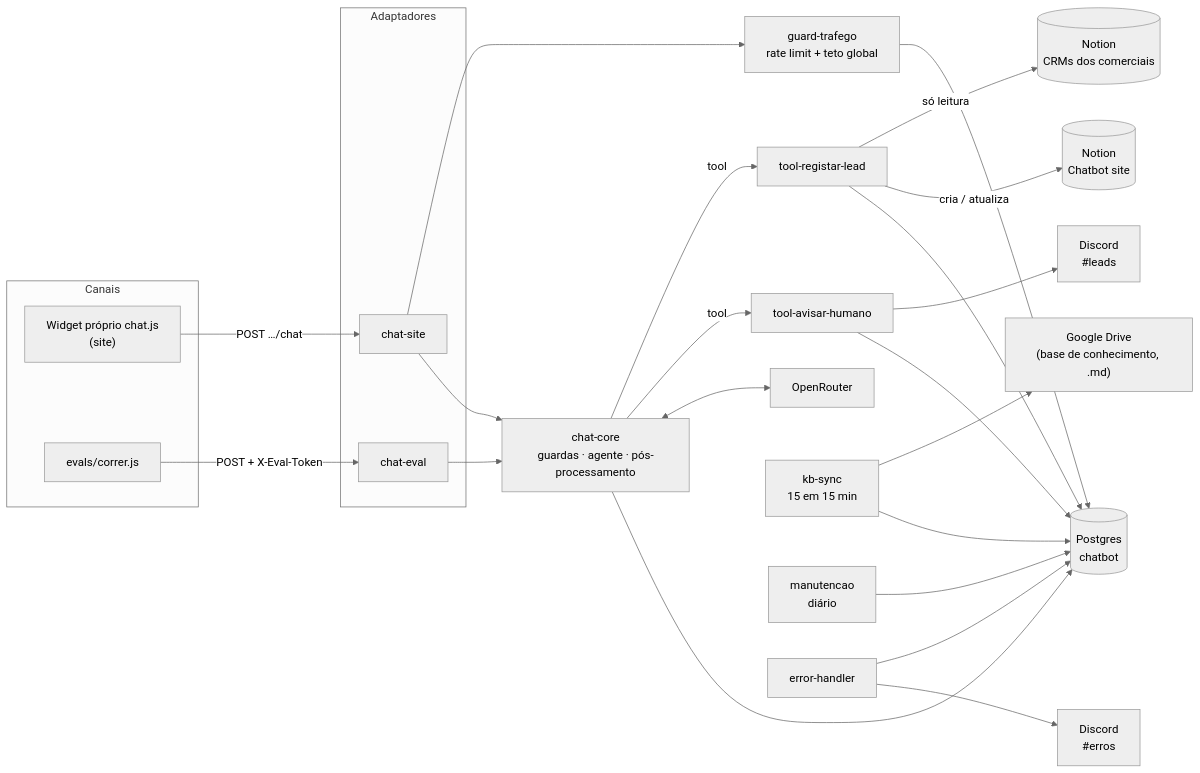
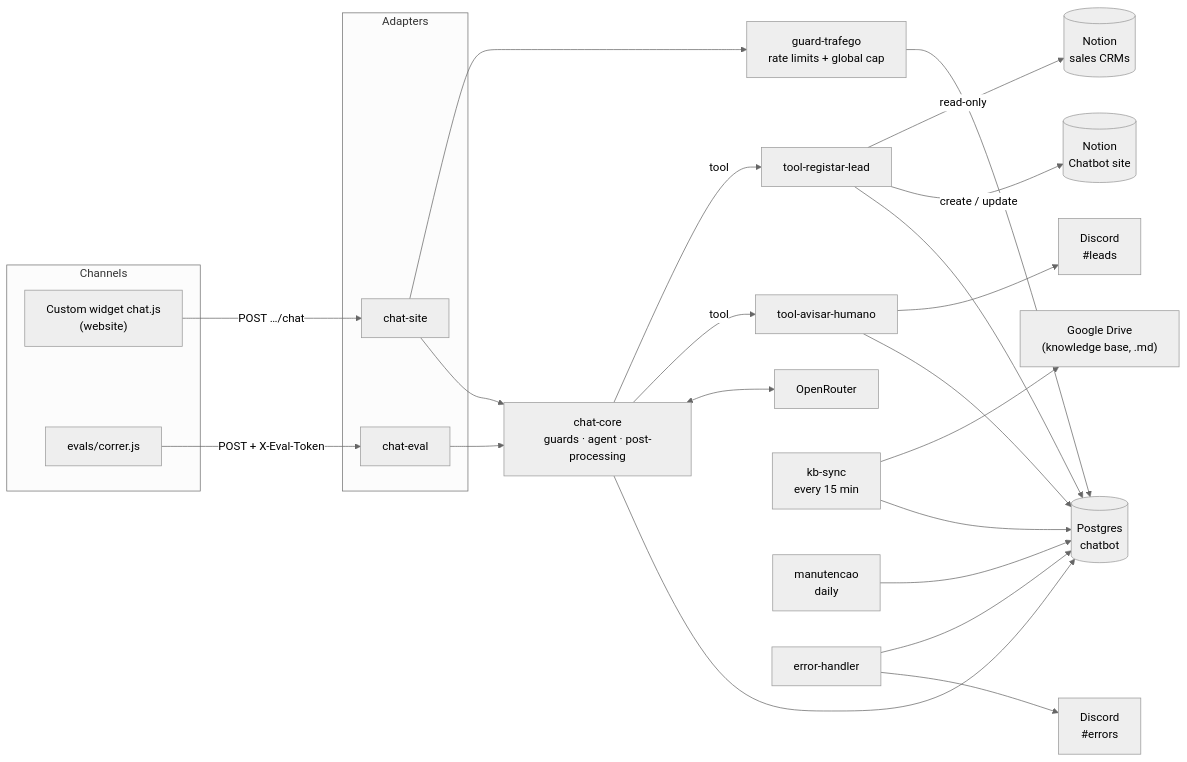
The first of 2 diagrams in docs/ARCHITECTURE.md (franciscoaraujo23/n8n-ai-sales-chatbot), drawn with Mermaid (neutral theme) before and after one commit. The commit also changed other lines of this file and 7 other files, not shown here.

````diff
--- a/docs/ARCHITECTURE.md
+++ b/docs/ARCHITECTURE.md
@@ -9,41 +13,41 @@
 ```mermaid
 flowchart LR
-  subgraph Canais
-    W["Widget próprio chat.js<br/>(site)"]
+  subgraph Channels
+    W["Custom widget chat.js<br/>(website)"]
     R["evals/correr.js"]
   end
 
-  subgraph Adaptadores
+  subgraph Adapters
     CS["chat-site"]
     CE["chat-eval"]
   end
 
   W -- "POST …/chat" --> CS
   R -- "POST + X-Eval-Token" --> CE
 
-  CS --> GT["guard-trafego<br/>rate limit + teto global"]
+  CS --> GT["guard-trafego<br/>rate limits + global cap"]
   CS --> CC
-  CE --> CC["chat-core<br/>guardas · agente · pós-processamento"]
+  CE --> CC["chat-core<br/>guards · agent · post-processing"]
 
   CC -- "tool" --> TRL["tool-registar-lead"]
   CC -- "tool" --> TAH["tool-avisar-humano"]
   CC <--> LLM["OpenRouter"]
 
-  TRL -- "só leitura" --> CRM[("Notion<br/>CRMs dos comerciais")]
-  TRL -- "cria / atualiza" --> NCS[("Notion<br/>Chatbot site")]
+  TRL -- "read-only" --> CRM[("Notion<br/>sales CRMs")]
+  TRL -- "create / update" --> NCS[("Notion<br/>Chatbot site")]
   TAH --> DL["Discord<br/>#leads"]
 
-  KB["kb-sync<br/>15 em 15 min"] --> GD["Google Drive<br/>(base de conhecimento, .md)"]
-  MAN["manutencao<br/>diário"]
+  KB["kb-sync<br/>every 15 min"] --> GD["Google Drive<br/>(knowledge base, .md)"]
+  MAN["manutencao<br/>daily"]
 
   PG[("Postgres<br/>chatbot")]
   GT --> PG
   CC --> PG
   TRL --> PG
   TAH --> PG
   KB --> PG
   MAN --> PG
 
   EH["error-handler"] --> PG
-  EH --> DE["Discord<br/>#erros"]
+  EH --> DE["Discord<br/>#errors"]
 ```
````
